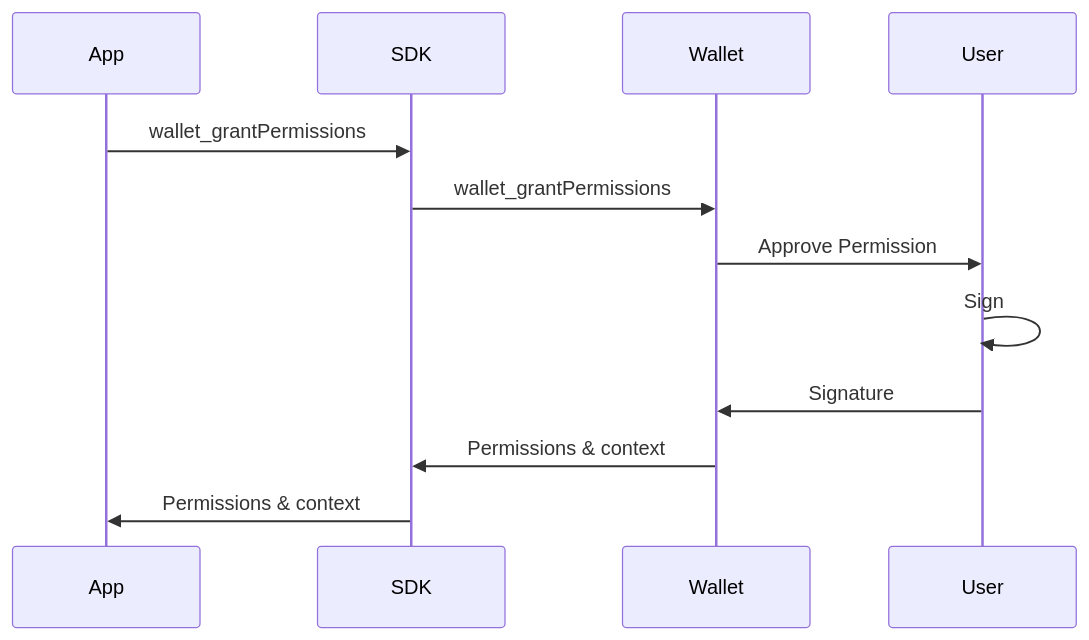
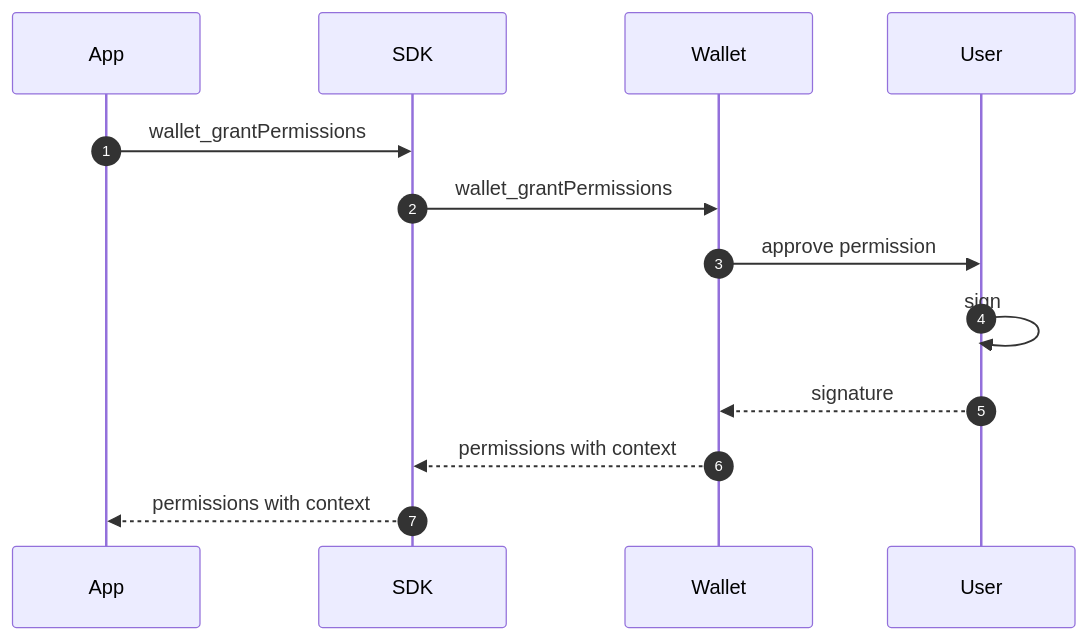
Before and after one commit to coinbase/smart-wallet-permissions: the diagram in docs/diagrams/grantPermissions.md, drawn with Mermaid. The commit also changed 3 other files, not shown here.

Commit message:
Clean diagrams

````diff
--- a/docs/diagrams/grantPermissions.md
+++ b/docs/diagrams/grantPermissions.md
@@ -3,10 +3,16 @@
 ```mermaid
 sequenceDiagram
-    App->>SDK: wallet_grantPermissions
-    SDK->>Wallet: wallet_grantPermissions
-    Wallet->>User: Approve Permission
-    User->>User: Sign
-    User->>Wallet: Signature
-    Wallet->>SDK: Permissions & context
-    SDK->>App: Permissions & context
+    autonumber
+    participant A as App
+    participant SDK as SDK
+    participant W as Wallet
+    participant U as User
+
+    A->>SDK: wallet_grantPermissions
+    SDK->>W: wallet_grantPermissions
+    W->>U: approve permission
+    U->>U: sign
+    U-->>W: signature
+    W-->>SDK: permissions with context
+    SDK-->>A: permissions with context
 ```
````
